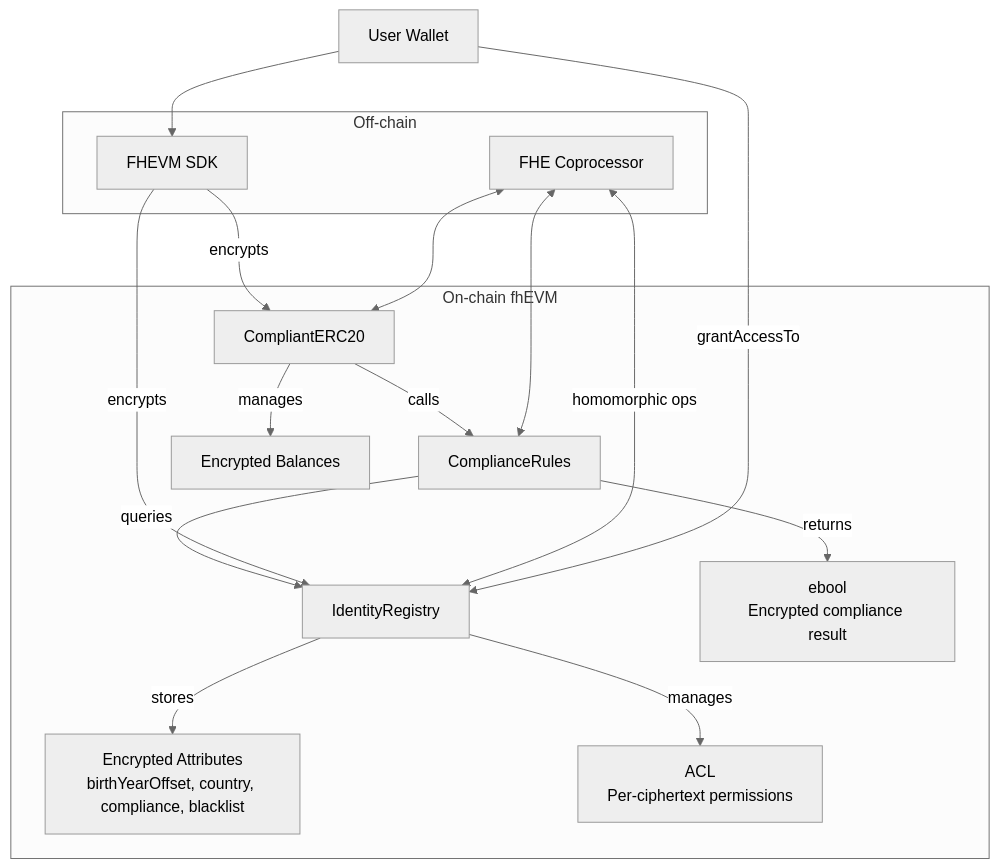
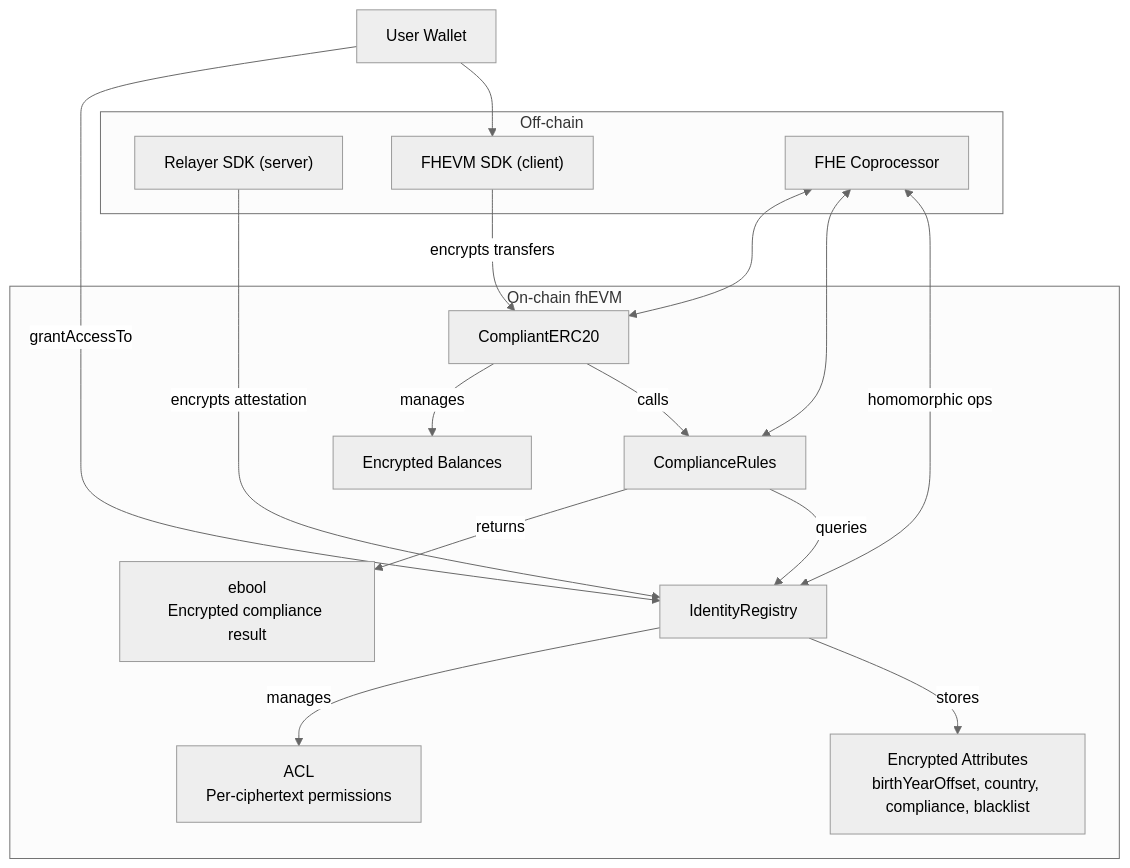
The third of 5 diagrams in docs/web2-to-web3-transition.md (gustavovalverde/zentity), drawn with Mermaid (neutral theme) before and after one commit. The commit also changed other lines of this file and 27 other files, not shown here.

````diff
--- a/docs/web2-to-web3-transition.md
+++ b/docs/web2-to-web3-transition.md
@@ -188,24 +189,24 @@
 ```mermaid
 flowchart TD
     subgraph "On-chain fhEVM"
         IR[IdentityRegistry] --> |"stores"| IRState["Encrypted Attributes<br/>birthYearOffset, country, compliance, blacklist"]
         IR --> |"manages"| ACL["ACL<br/>Per-ciphertext permissions"]
 
         CR[ComplianceRules] --> |"queries"| IR
         CR --> |"returns"| CROut["ebool<br/>Encrypted compliance result"]
 
         ERC[CompliantERC20] --> |"calls"| CR
         ERC --> |"manages"| ERCState["Encrypted Balances"]
     end
 
     subgraph "Off-chain"
-        SDK[FHEVM SDK] --> |"encrypts"| IR
-        SDK --> |"encrypts"| ERC
+        RegistrarSDK["Relayer SDK (server)"] --> |"encrypts attestation"| IR
+        ClientSDK["FHEVM SDK (client)"] --> |"encrypts transfers"| ERC
         FHE[FHE Coprocessor] <--> |"homomorphic ops"| IR
         FHE <--> CR
         FHE <--> ERC
     end
 
-    User[User Wallet] --> SDK
+    User[User Wallet] --> ClientSDK
     User --> |"grantAccessTo"| IR
 ```
````
